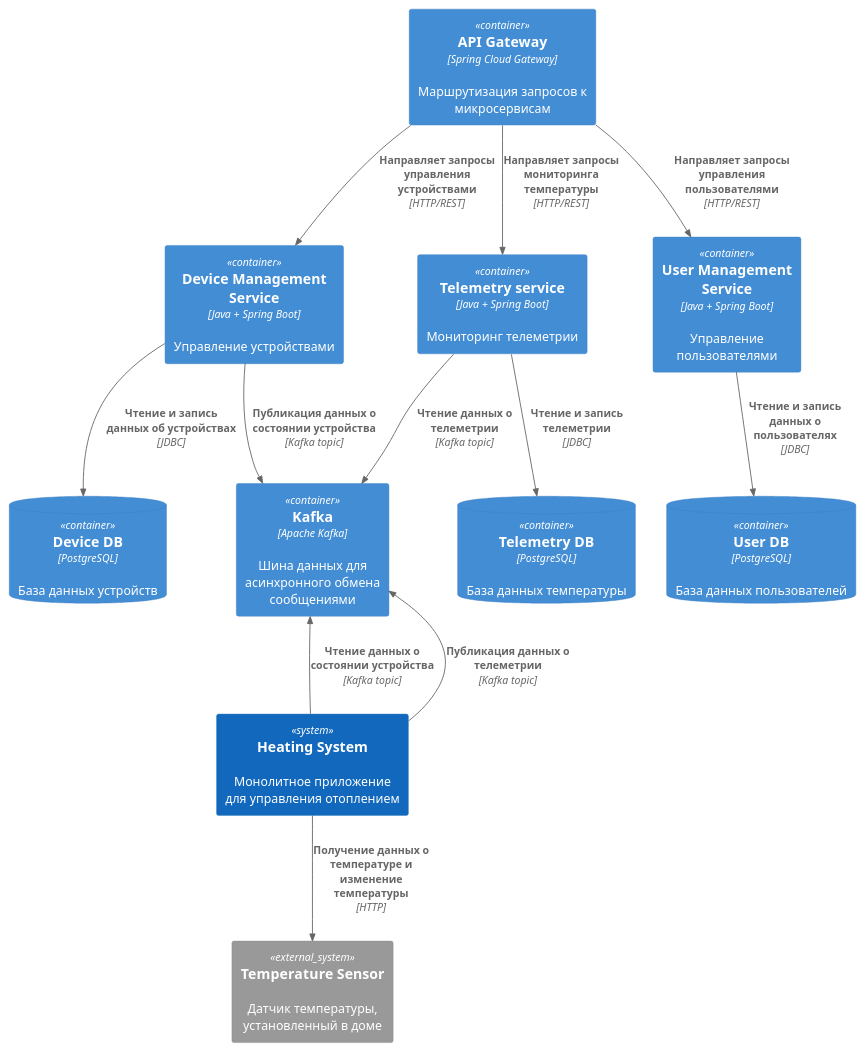
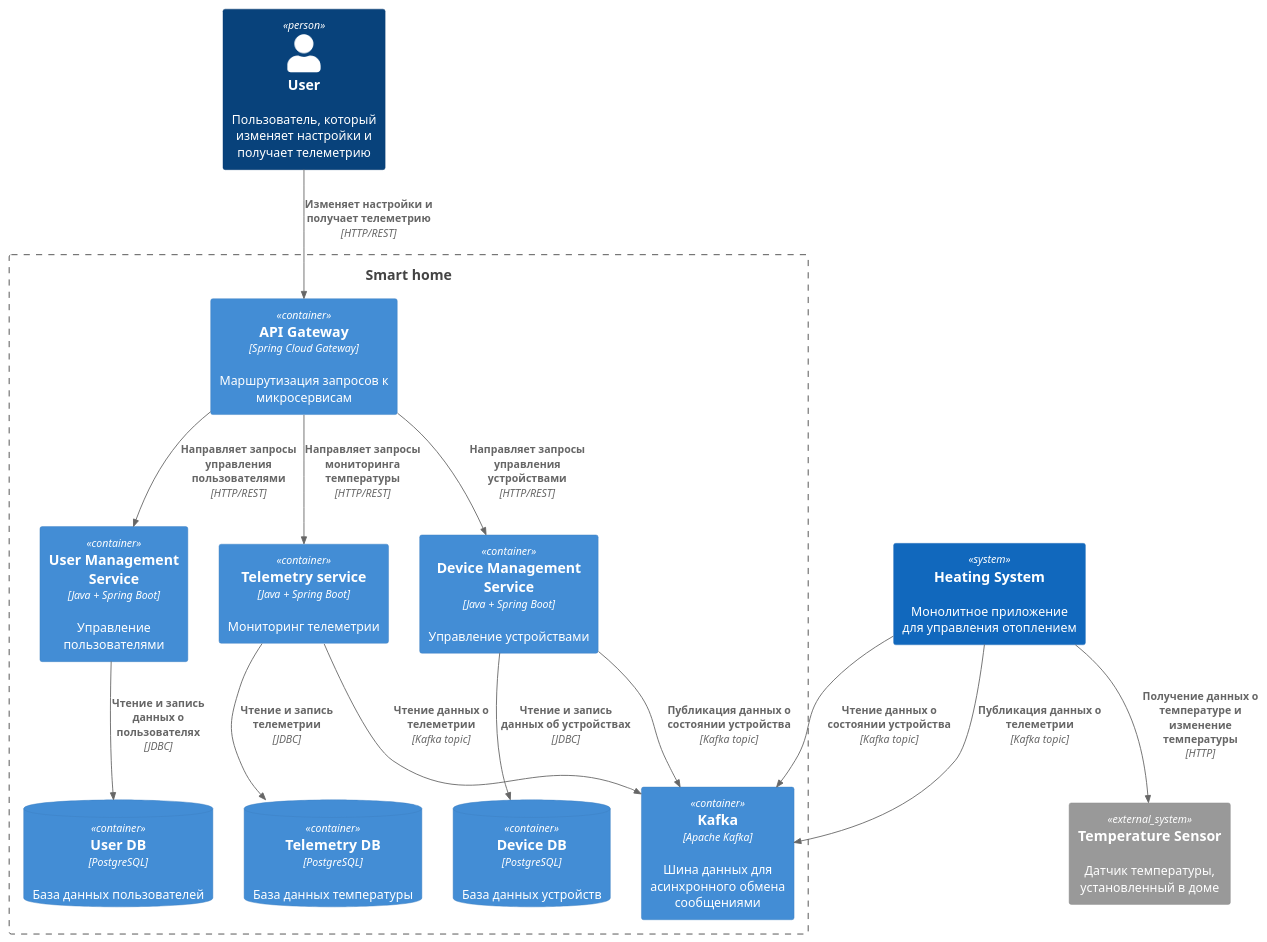
One commit to sergei-nazarov/automatic-succotash changed the diagram in plantUML/microservices-containers.puml. Above: the diagram before and after it, drawn with PlantUML. The commit also changed 1 other file, not shown here.

Commit message:
#1.3 ER diagram

```diff
--- a/plantUML/microservices-containers.puml
+++ b/plantUML/microservices-containers.puml
@@ -1,37 +1,41 @@
 @startuml
 !include https://raw.githubusercontent.com/plantuml-stdlib/C4-PlantUML/master/C4_Container.puml
 
+Person(user, "User", "Пользователь, который изменяет настройки и получает телеметрию")
 
+Boundary(smartHome, "Smart home") {
     Container(apiGateway, "API Gateway", "Spring Cloud Gateway", "Маршрутизация запросов к микросервисам")
 
     Container(deviceService, "Device Management Service", "Java + Spring Boot", "Управление устройствами")
     Container(telemetryService, "Telemetry service", "Java + Spring Boot", "Мониторинг телеметрии")
     Container(userService, "User Management Service", "Java + Spring Boot", "Управление пользователями")
 
     ContainerDb(deviceDb, "Device DB", "PostgreSQL", "База данных устройств")
     ContainerDb(telemetryDb, "Telemetry DB", "PostgreSQL", "База данных температуры")
     ContainerDb(userDb, "User DB", "PostgreSQL", "База данных пользователей")
 
     Container(kafka, "Kafka", "Apache Kafka", "Шина данных для асинхронного обмена сообщениями")
+}
 
-    System(heatingSystem, "Heating System", "Монолитное приложение для управления отоплением")
-    System_Ext(sensor, "Temperature Sensor", "Датчик температуры, установленный в доме")
 
-    Rel(apiGateway, deviceService, "Направляет запросы управления устройствами", "HTTP/REST")
-    Rel(apiGateway, telemetryService, "Направляет запросы мониторинга температуры", "HTTP/REST")
-    Rel(apiGateway, userService, "Направляет запросы управления пользователями", "HTTP/REST")
+System(heatingSystem, "Heating System", "Монолитное приложение для управления отоплением")
+System_Ext(sensor, "Temperature Sensor", "Датчик температуры, установленный в доме")
 
-    Rel(deviceService, deviceDb, "Чтение и запись данных об устройствах", "JDBC")
-    Rel(telemetryService, telemetryDb, "Чтение и запись телеметрии", "JDBC")
-    Rel(userService, userDb, "Чтение и запись данных о пользователях", "JDBC")
+Rel(apiGateway, deviceService, "Направляет запросы управления устройствами", "HTTP/REST")
+Rel(apiGateway, telemetryService, "Направляет запросы мониторинга температуры", "HTTP/REST")
+Rel(apiGateway, userService, "Направляет запросы управления пользователями", "HTTP/REST")
 
-    Rel(deviceService, kafka, "Публикация данных о состоянии устройства", "Kafka topic")
-    Rel(telemetryService, kafka, "Чтение данных о телеметрии", "Kafka topic")
+Rel(deviceService, deviceDb, "Чтение и запись данных об устройствах", "JDBC")
+Rel(telemetryService, telemetryDb, "Чтение и запись телеметрии", "JDBC")
+Rel(userService, userDb, "Чтение и запись данных о пользователях", "JDBC")
 
-    Rel(heatingSystem, sensor, "Получение данных о температуре и изменение температуры", "HTTP")
-    Rel(heatingSystem, kafka, "Чтение данных о состоянии устройства", "Kafka topic")
-    Rel(heatingSystem, kafka, "Публикация данных о телеметрии", "Kafka topic")
+Rel(deviceService, kafka, "Публикация данных о состоянии устройства", "Kafka topic")
+Rel(telemetryService, kafka, "Чтение данных о телеметрии", "Kafka topic")
 
- kafka -[hidden]->  heatingSystem
+Rel(heatingSystem, sensor, "Получение данных о температуре и изменение температуры", "HTTP")
+Rel(heatingSystem, kafka, "Чтение данных о состоянии устройства", "Kafka topic")
+Rel(heatingSystem, kafka, "Публикация данных о телеметрии", "Kafka topic")
+
+Rel(user, apiGateway, "Изменяет настройки и получает телеметрию", "HTTP/REST")
 
 @enduml
```
